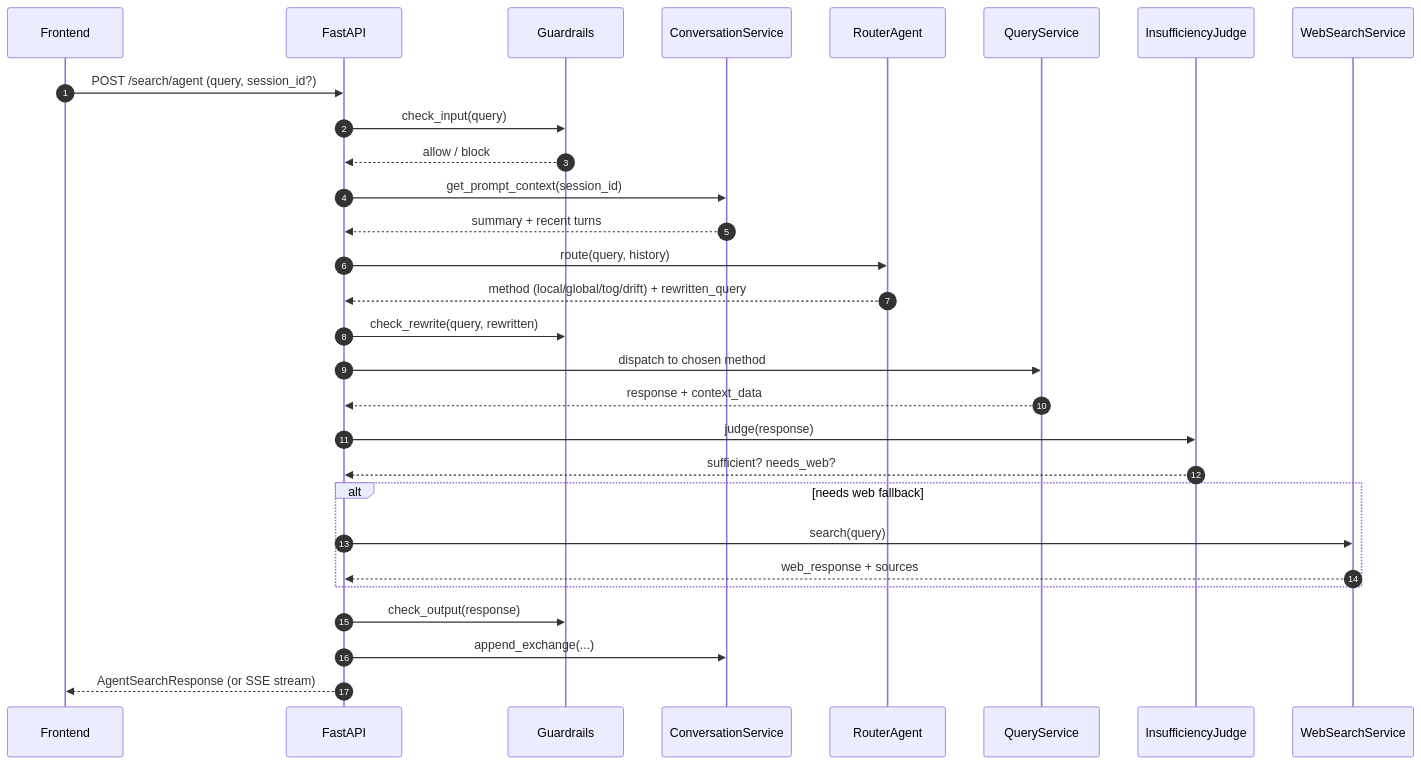
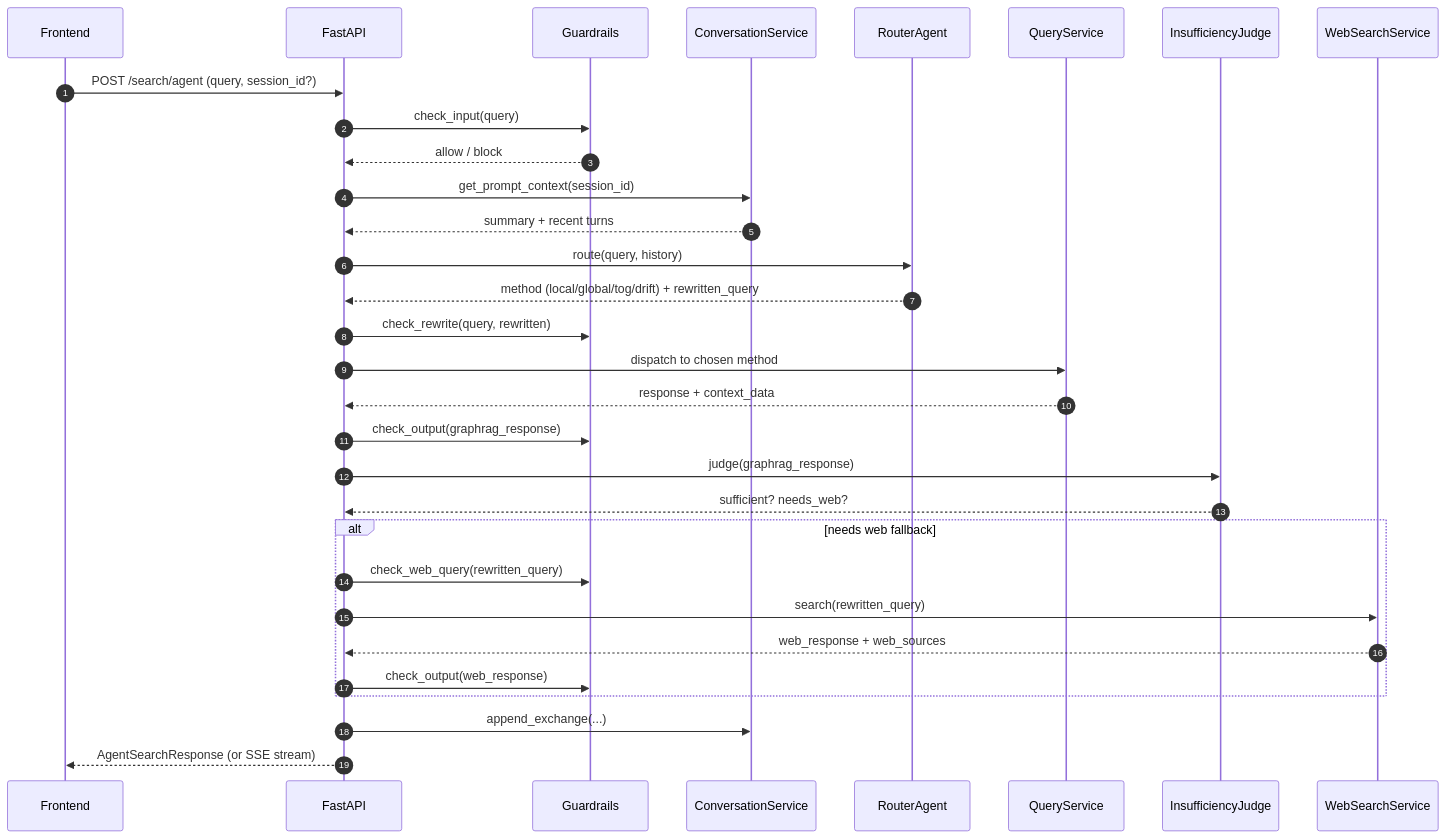
The fifth of 5 diagrams in docs/project/en/architecture.md (huytu0702/gtog), drawn with Mermaid before and after one commit. The commit also changed 6 other files, not shown here.

First line of the commit message:
feat: implement guardrails for direct search methods and enhance response handling

````diff
--- a/docs/project/en/architecture.md
+++ b/docs/project/en/architecture.md
@@ -215,32 +215,34 @@
 ```mermaid
 sequenceDiagram
     autonumber
     participant FE as Frontend
     participant API as FastAPI
     participant GR as Guardrails
     participant Conv as ConversationService
     participant Router as RouterAgent
     participant Q as QueryService
     participant Judge as InsufficiencyJudge
     participant Web as WebSearchService
 
     FE->>API: POST /search/agent (query, session_id?)
     API->>GR: check_input(query)
     GR-->>API: allow / block
     API->>Conv: get_prompt_context(session_id)
     Conv-->>API: summary + recent turns
     API->>Router: route(query, history)
     Router-->>API: method (local/global/tog/drift) + rewritten_query
     API->>GR: check_rewrite(query, rewritten)
     API->>Q: dispatch to chosen method
     Q-->>API: response + context_data
-    API->>Judge: judge(response)
+    API->>GR: check_output(graphrag_response)
+    API->>Judge: judge(graphrag_response)
     Judge-->>API: sufficient? needs_web?
     alt needs web fallback
-        API->>Web: search(query)
-        Web-->>API: web_response + sources
+        API->>GR: check_web_query(rewritten_query)
+        API->>Web: search(rewritten_query)
+        Web-->>API: web_response + web_sources
+        API->>GR: check_output(web_response)
     end
-    API->>GR: check_output(response)
     API->>Conv: append_exchange(...)
     API-->>FE: AgentSearchResponse (or SSE stream)
 ```
````
